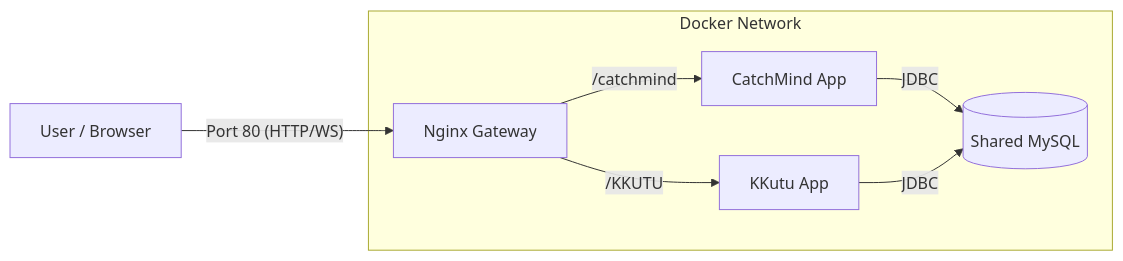
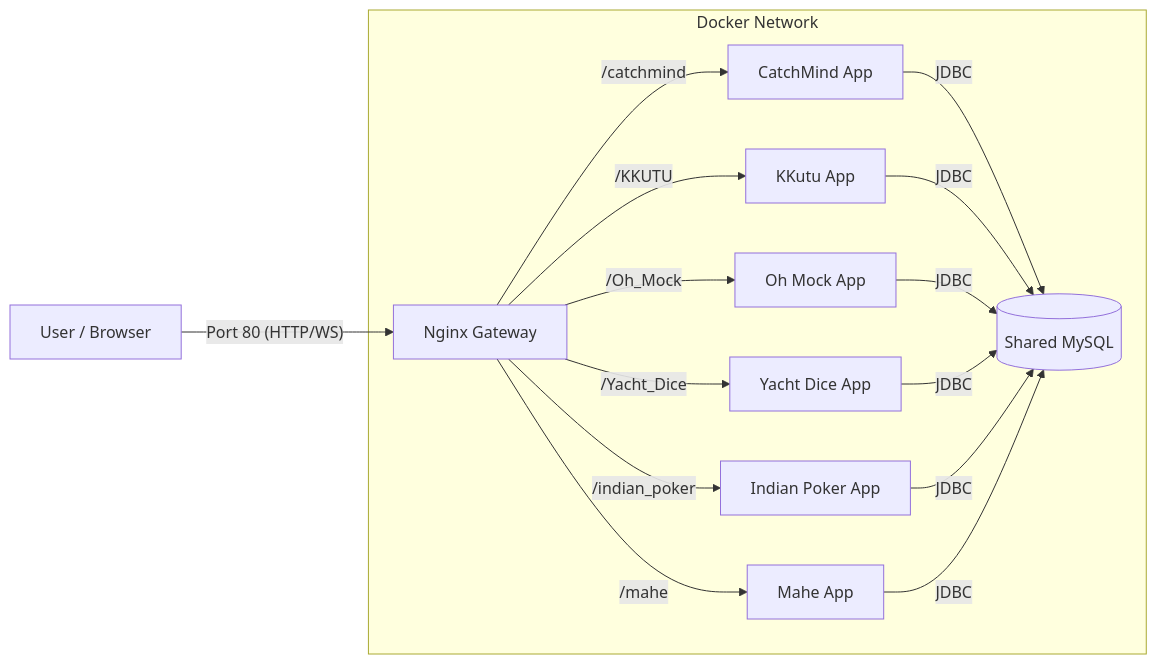
One commit to CREE1116/minigames changed the diagram in README.md. Above: the diagram before and after it, drawn with Mermaid. The commit also changed other lines of this file, not shown here.

````diff
--- a/README.md
+++ b/README.md
@@ -42,12 +46,20 @@
 ```mermaid
 graph LR
     User[User / Browser] -- Port 80 (HTTP/WS) --> Nginx[Nginx Gateway]
     
     subgraph Docker Network
         Nginx -- /catchmind --> CM[CatchMind App]
         Nginx -- /KKUTU --> KK[KKutu App]
+        Nginx -- /Oh_Mock --> OM[Oh Mock App]
+        Nginx -- /Yacht_Dice --> YD[Yacht Dice App]
+        Nginx -- /indian_poker --> IP[Indian Poker App]
+        Nginx -- /mahe --> MH[Mahe App]
         
         CM -- JDBC --> DB[(Shared MySQL)]
         KK -- JDBC --> DB
+        OM -- JDBC --> DB
+        YD -- JDBC --> DB
+        IP -- JDBC --> DB
+        MH -- JDBC --> DB
     end
 ```
````
